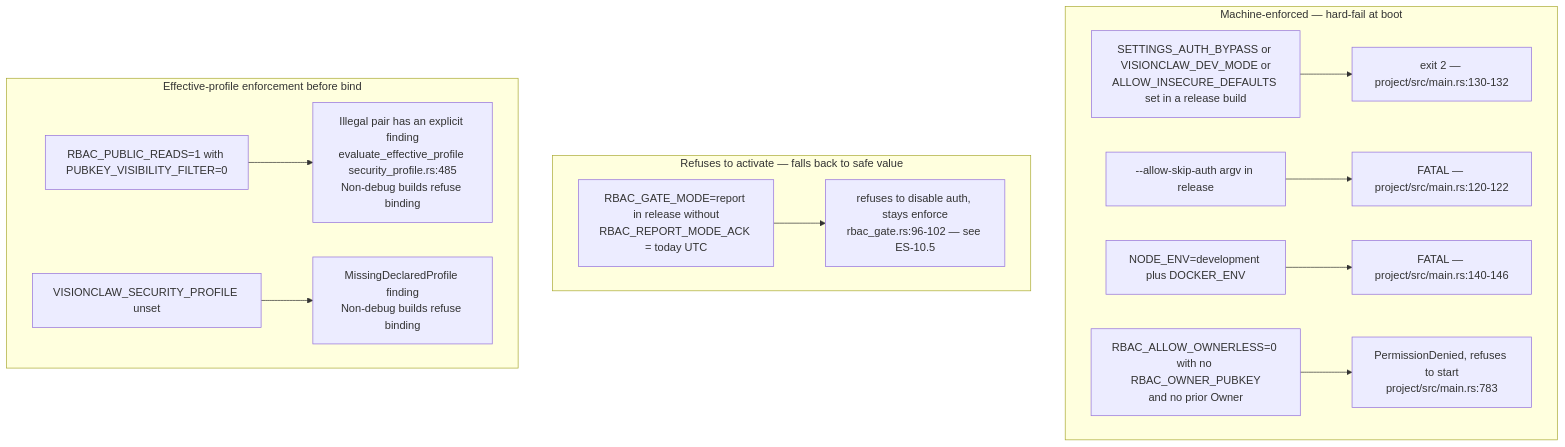
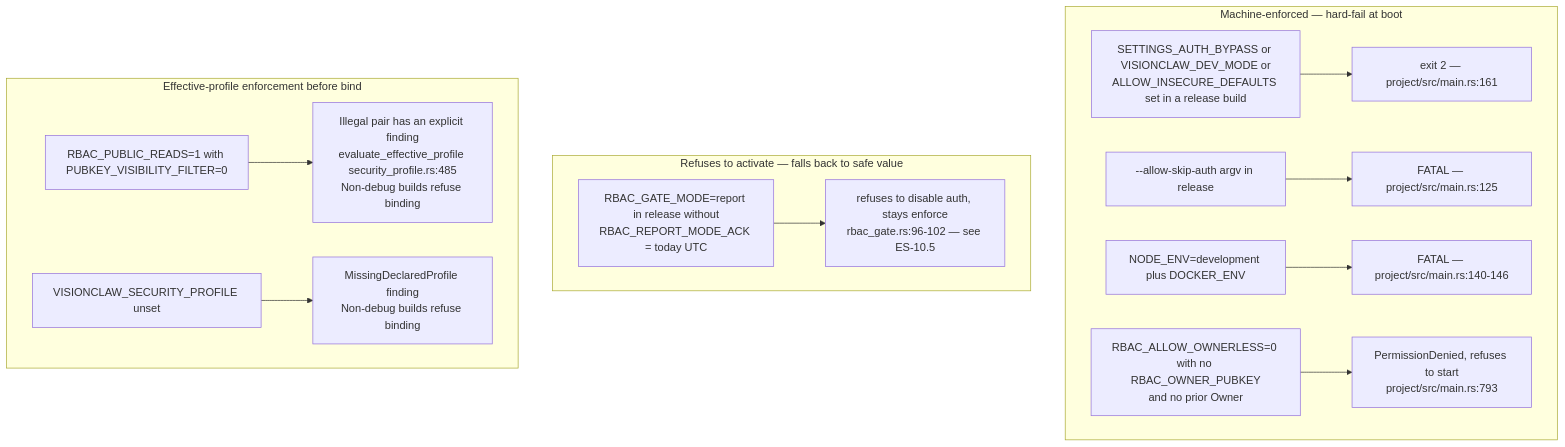
The fourth of 10 diagrams in docs/diagrams/estate/10-deployment-and-security-profiles.md (DreamLab-AI/VisionFlow), drawn with Mermaid before and after one commit. The commit also changed other lines of this file and 136 other files, not shown here.

First line of the commit message:
docs(diagrams): refresh the whole corpus to code HEAD and prune low-value diagrams

````diff
--- a/docs/diagrams/estate/10-deployment-and-security-profiles.md
+++ b/docs/diagrams/estate/10-deployment-and-security-profiles.md
@@ -161,31 +163,31 @@
 ```mermaid
 flowchart TB
     subgraph hard["Machine-enforced — hard-fail at boot"]
         H1["SETTINGS_AUTH_BYPASS or VISIONCLAW_DEV_MODE or<br/>ALLOW_INSECURE_DEFAULTS set in a release build"]
-        H1E["exit 2 — project/src/main.rs:130-132"]
+        H1E["exit 2 — project/src/main.rs:161"]
         H2["--allow-skip-auth argv in release"]
-        H2E["FATAL — project/src/main.rs:120-122"]
+        H2E["FATAL — project/src/main.rs:125"]
         H3["NODE_ENV=development plus DOCKER_ENV"]
         H3E["FATAL — project/src/main.rs:140-146"]
         H4["RBAC_ALLOW_OWNERLESS=0 with no RBAC_OWNER_PUBKEY<br/>and no prior Owner"]
-        H4E["PermissionDenied, refuses to start<br/>project/src/main.rs:783"]
+        H4E["PermissionDenied, refuses to start<br/>project/src/main.rs:793"]
     end
     subgraph soft["Refuses to activate — falls back to safe value"]
         S1["RBAC_GATE_MODE=report in release without<br/>RBAC_REPORT_MODE_ACK = today UTC"]
         S1E["refuses to disable auth, stays enforce<br/>rbac_gate.rs:96-102 — see ES-10.5"]
     end
     subgraph none["Effective-profile enforcement before bind"]
         N1["RBAC_PUBLIC_READS=1 with PUBKEY_VISIBILITY_FILTER=0"]
         N1E["Illegal pair has an explicit finding<br/>evaluate_effective_profile security_profile.rs:485<br/>Non-debug builds refuse binding"]
         N2["VISIONCLAW_SECURITY_PROFILE unset"]
         N2E["MissingDeclaredProfile finding<br/>Non-debug builds refuse binding"]
     end
 
     H1 --> H1E
     H2 --> H2E
     H3 --> H3E
     H4 --> H4E
     S1 --> S1E
     N1 --> N1E
     N2 --> N2E
 ```
````
